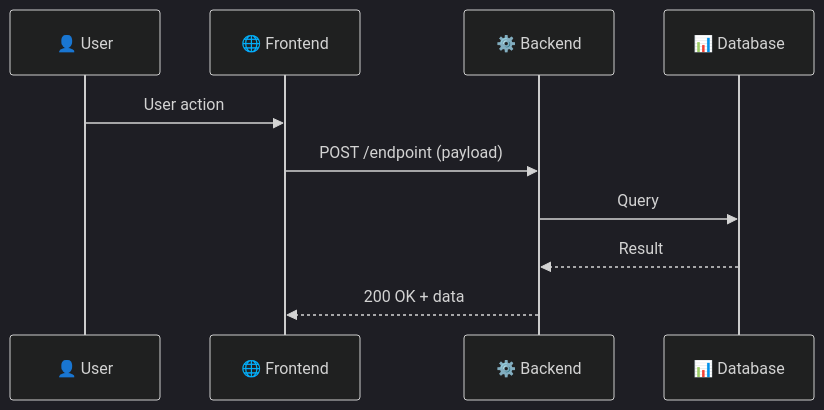
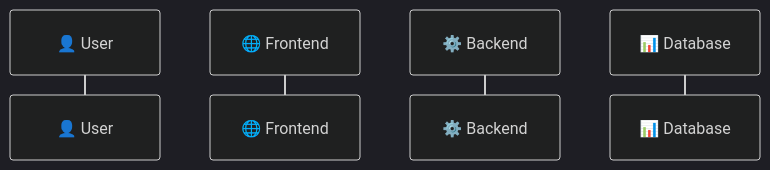
Before and after one commit to gmbarragam/claude-skills: the third of 6 diagrams in document/SKILL.md, drawn with Mermaid (dark theme). The commit also changed other lines of this file, not shown here.

````diff
--- a/document/SKILL.md
+++ b/document/SKILL.md
@@ -422,13 +513,7 @@
 ```mermaid
 sequenceDiagram
     participant U as 👤 User
     participant FE as 🌐 Frontend
     participant BE as ⚙️ Backend
     participant DB as 📊 Database
-
-    U->>FE: User action
-    FE->>BE: POST /endpoint (payload)
-    BE->>DB: Query
-    DB-->>BE: Result
-    BE-->>FE: 200 OK + data
 ```
````
